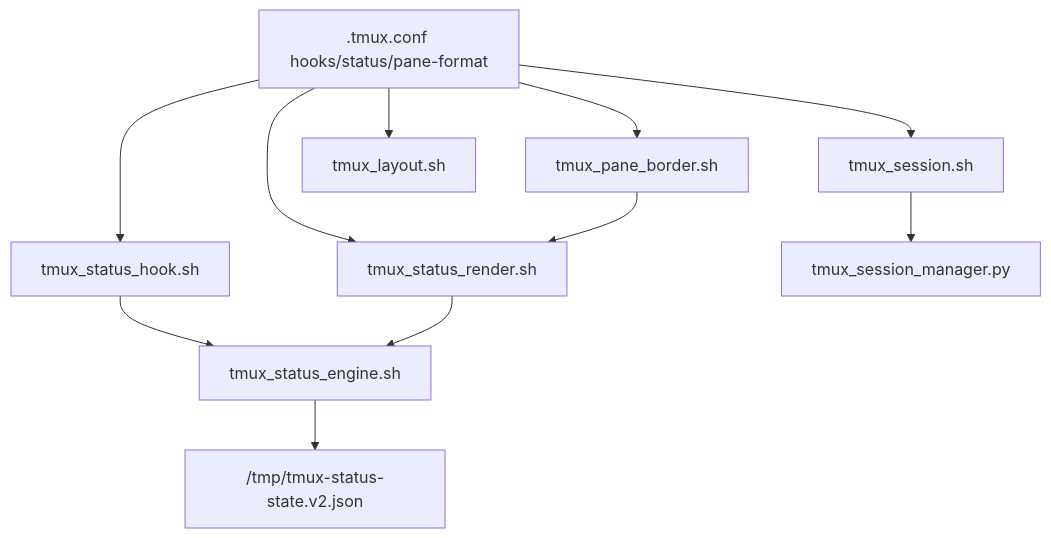
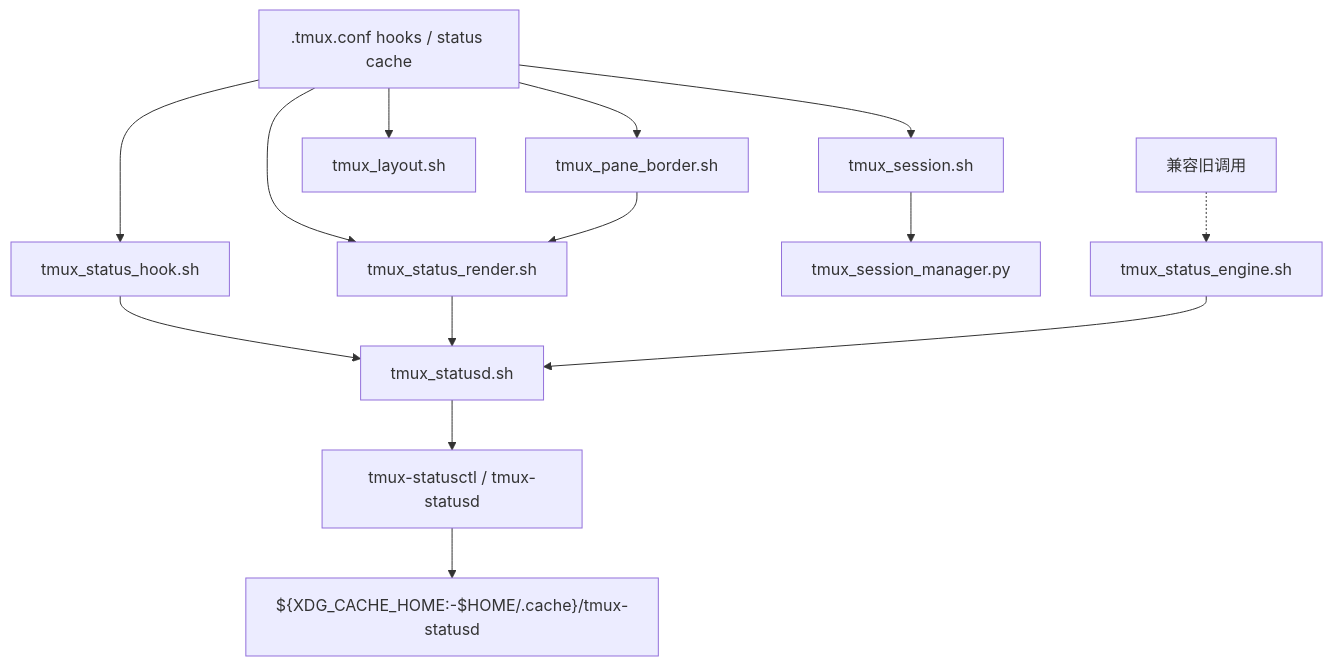
One commit to ZiYang-oyxy/awesome_devops changed the diagram in plugins/oyxy_dotfiles/.config/tmux/README.md. Above: the diagram before and after it, drawn with Mermaid. The commit also changed other lines of this file and 12 other files, not shown here.

Commit message:
feat(oyxy_dotfiles): integrate tmux status daemon pipeline

````diff
--- a/plugins/oyxy_dotfiles/.config/tmux/README.md
+++ b/plugins/oyxy_dotfiles/.config/tmux/README.md
@@ -16,13 +17,16 @@
 ```mermaid
 flowchart TD
-    A[.tmux.conf hooks/status/pane-format] --> B[tmux_status_hook.sh]
-    A --> C[tmux_status_render.sh]
-    A --> D[tmux_pane_border.sh]
-    A --> E[tmux_session.sh]
-    A --> F[tmux_layout.sh]
-    B --> G[tmux_status_engine.sh]
+    A[".tmux.conf hooks / status cache"] --> B["tmux_status_hook.sh"]
+    A --> C["tmux_status_render.sh"]
+    A --> D["tmux_pane_border.sh"]
+    A --> E["tmux_session.sh"]
+    A --> F["tmux_layout.sh"]
+    B --> G["tmux_statusd.sh"]
     C --> G
     D --> C
-    E --> H[tmux_session_manager.py]
-    G --> I["/tmp/tmux-status-state.v2.json"]
+    E --> H["tmux_session_manager.py"]
+    G --> I["tmux-statusctl / tmux-statusd"]
+    I --> J["${XDG_CACHE_HOME:-$HOME/.cache}/tmux-statusd"]
+    K["兼容旧调用"] -.-> L["tmux_status_engine.sh"]
+    L --> G
 ```
````
